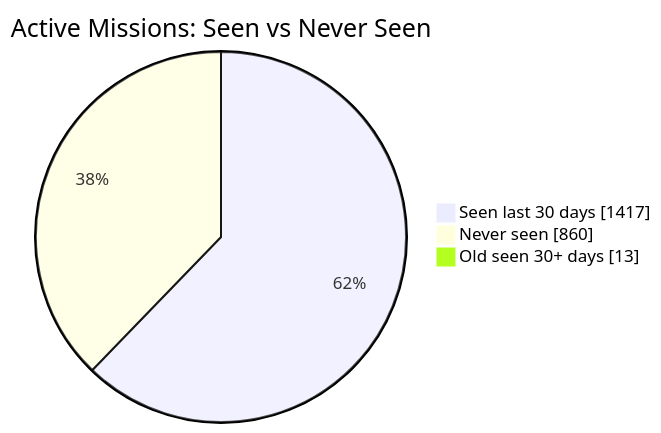
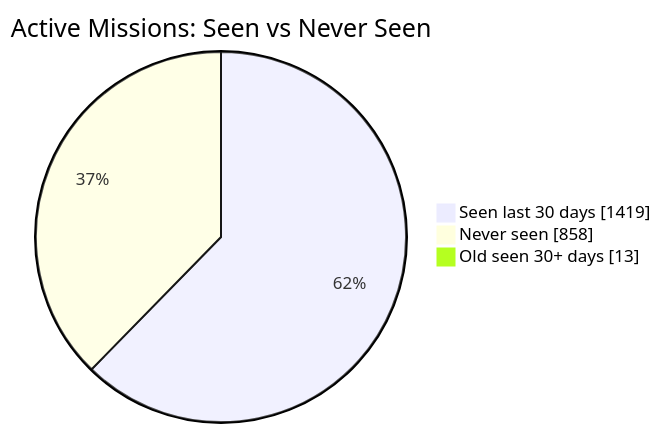
One commit to MeldkamerspelGameTeam/active-missions changed the first of 2 diagrams in README.md. Above: the diagram before and after it, drawn with Mermaid. The commit also changed other lines of this file and 2 other files, not shown here.

````diff
--- a/README.md
+++ b/README.md
@@ -34,7 +34,7 @@
 ```mermaid
 pie showData
     title Active Missions: Seen vs Never Seen
-    "Seen last 30 days" : 1417
-    "Never seen" : 860
+    "Seen last 30 days" : 1419
+    "Never seen" : 858
     "Old seen 30+ days" : 13
 ```
````
